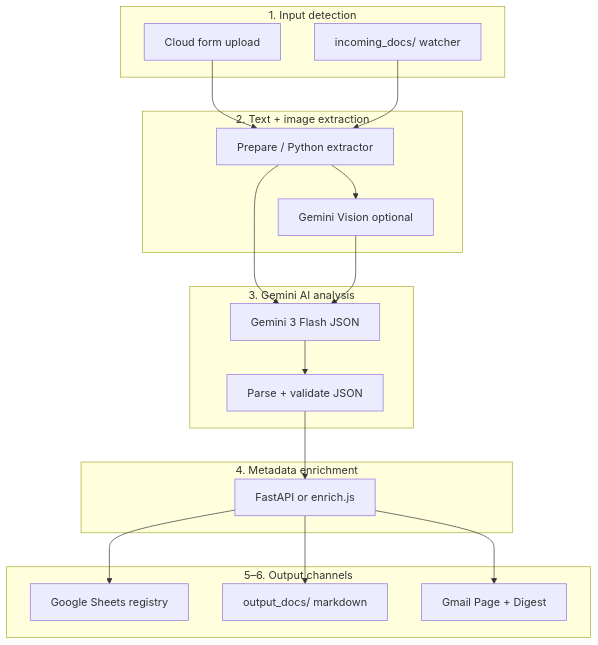
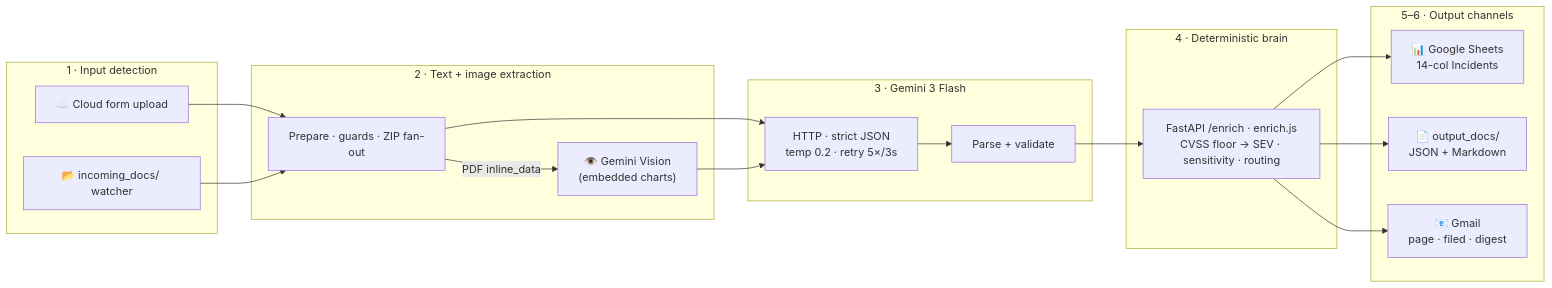
Before and after one commit to reem-mor/hindsight: the diagram in README.md, drawn with Mermaid. The commit also changed other lines of this file and 14 other files, not shown here.

````diff
--- a/README.md
+++ b/README.md
@@ -37,32 +34,30 @@
 ```mermaid
-flowchart TB
-  subgraph input [1. Input detection]
-    Form[Cloud form upload]
-    Watch[incoming_docs/ watcher]
+flowchart LR
+  subgraph input["1 · Input detection"]
+    Form["☁️ Cloud form upload"]
+    Watch["📂 incoming_docs/ watcher"]
   end
-  subgraph extract [2. Text + image extraction]
-    Prep[Prepare / Python extractor]
-    Vision[Gemini Vision optional]
+  subgraph extract["2 · Text + image extraction"]
+    Prep["Prepare · guards · ZIP fan-out"]
+    Vision["👁️ Gemini Vision<br/>(embedded charts)"]
   end
-  subgraph analyze [3. Gemini AI analysis]
-    Flash[Gemini 3 Flash JSON]
-    Parse[Parse + validate JSON]
+  subgraph analyze["3 · Gemini 3 Flash"]
+    Flash["HTTP · strict JSON<br/>temp 0.2 · retry 5×/3s"]
+    Parse["Parse + validate"]
   end
-  subgraph enrich [4. Metadata enrichment]
-    Brain[FastAPI or enrich.js]
+  subgraph brain["4 · Deterministic brain"]
+    Enrich["FastAPI /enrich · enrich.js<br/>CVSS floor → SEV · sensitivity · routing"]
   end
-  subgraph outputs [5–6. Output channels]
-    Sheets[Google Sheets registry]
-    Files[output_docs/ markdown]
-    Gmail[Gmail Page + Digest]
+  subgraph outputs["5–6 · Output channels"]
+    Sheets["📊 Google Sheets<br/>14-col Incidents"]
+    Files["📄 output_docs/<br/>JSON + Markdown"]
+    Gmail["📧 Gmail<br/>page · filed · digest"]
   end
   Form --> Prep
   Watch --> Prep
-  Prep --> Vision
+  Prep -->|"PDF inline_data"| Vision
   Prep --> Flash
   Vision --> Flash
-  Flash --> Parse --> Brain
-  Brain --> Sheets
-  Brain --> Files
-  Brain --> Gmail
+  Flash --> Parse --> Enrich
+  Enrich --> Sheets & Files & Gmail
 ```
````
